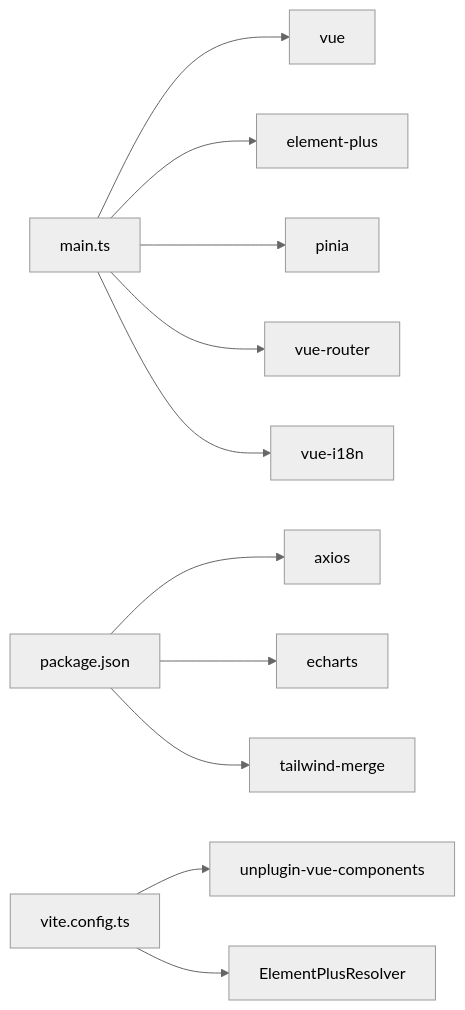
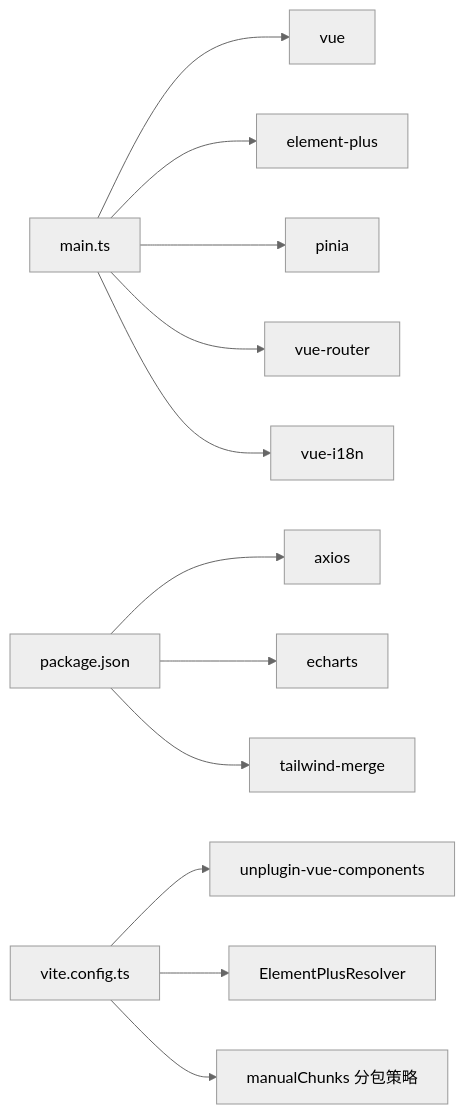
Before and after one commit to likele001/cenkor_mes: diagram 13 of 13 in .qoder/repowiki/zh/content/前端多端架构/PC 管理后台（frontend-admin-pro）.md, drawn with Mermaid (neutral theme). The commit also changed other lines of this file and 307 other files, not shown here.

````diff
--- a/.qoder/repowiki/zh/content/前端多端架构/PC 管理后台（frontend-admin-pro）.md
+++ b/.qoder/repowiki/zh/content/前端多端架构/PC 管理后台（frontend-admin-pro）.md
@@ -403,13 +449,14 @@
 ```mermaid
 graph LR
 Main["main.ts"] --> Vue["vue"]
 Main --> ElementPlus["element-plus"]
 Main --> Pinia["pinia"]
 Main --> Router["vue-router"]
 Main --> I18n["vue-i18n"]
 Package["package.json"] --> Axios["axios"]
 Package --> ECharts["echarts"]
 Package --> TailwindMerge["tailwind-merge"]
 Vite["vite.config.ts"] --> Components["unplugin-vue-components"]
 Vite --> Resolvers["ElementPlusResolver"]
+Vite --> ManualChunks["manualChunks 分包策略"]
 ```
````
